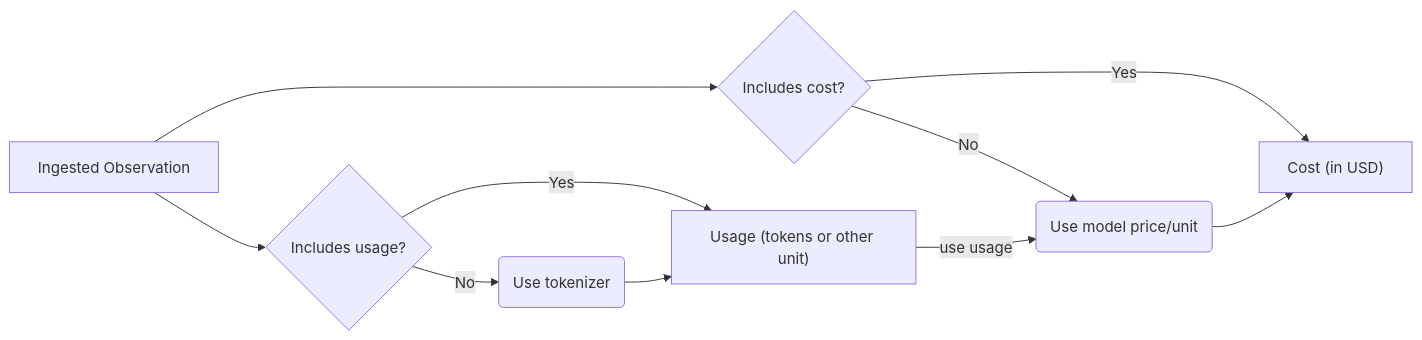
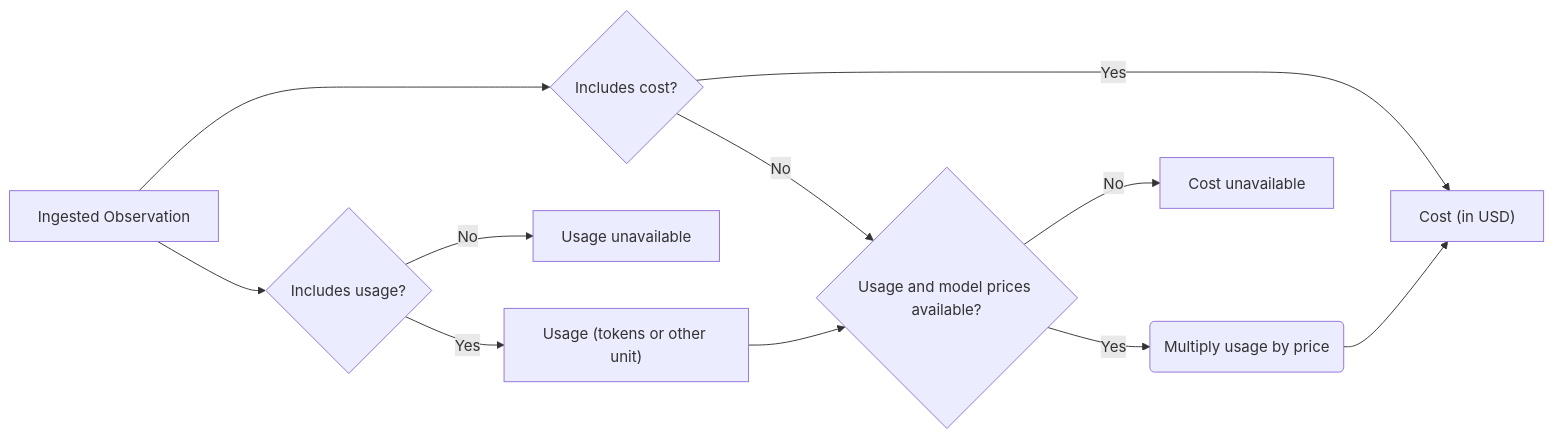
The diagram in vault/packages/langfuse/latest/contents/observability/features/token-and-cost-tracking.mdx (olorehq/olore), drawn with Mermaid before and after one commit. The commit also changed other lines of this file and 26351 other files, not shown here.

````diff
--- a/vault/packages/langfuse/latest/contents/observability/features/token-and-cost-tracking.mdx
+++ b/vault/packages/langfuse/latest/contents/observability/features/token-and-cost-tracking.mdx
@@ -30,13 +48,15 @@
 ```mermaid
 flowchart LR
   A[Ingested Observation]
   B["Usage (tokens or other unit)"]
   C["Cost (in USD)"]
   A --> D{Includes usage?}
   D -->|Yes| B
-  D -->|No| E(Use tokenizer) --> B
+  D -->|No| E[Usage unavailable]
   A --> F{Includes cost?}
   F -->|Yes| C
-  F -->|No| G(Use model price/unit) --> C
-  B -->|use usage| G
+  F -->|No| G{Usage and model prices available?}
+  G -->|Yes| H(Multiply usage by price) --> C
+  G -->|No| I[Cost unavailable]
+  B --> G
 ```
````
